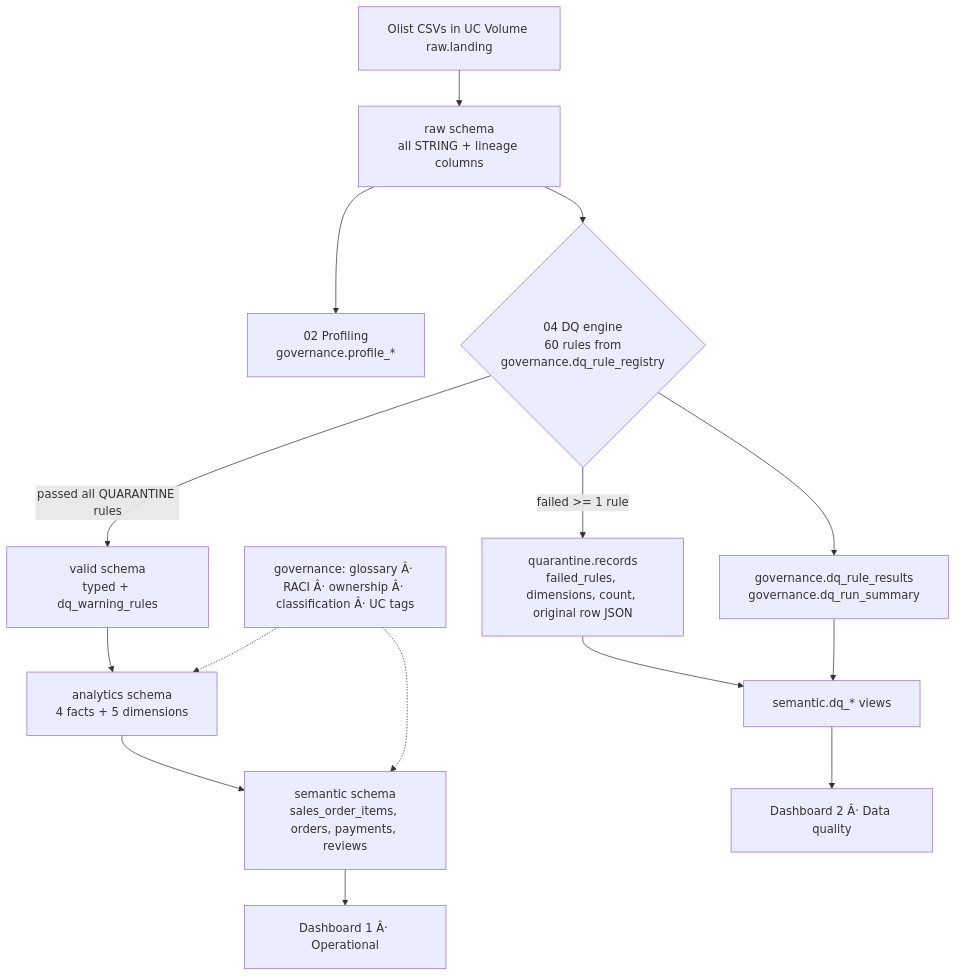
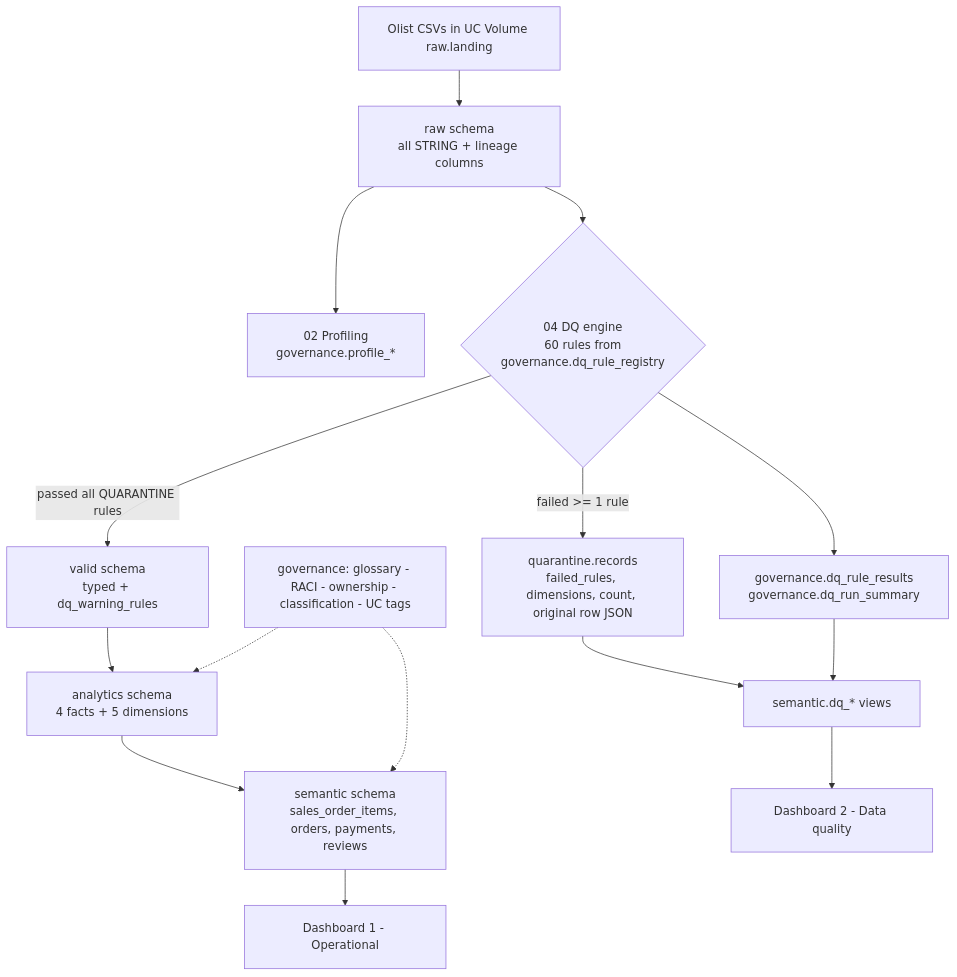
Before and after one commit to theoverseeer/asb-cs6-olist-data-governance: the diagram in docs/architecture.mmd, drawn with Mermaid. The commit also changed 1 other file, not shown here.

Commit message:
Fix separator characters in architecture diagram

```diff
--- a/docs/architecture.mmd
+++ b/docs/architecture.mmd
@@ -1,16 +1,16 @@
 %%{init: {"flowchart": {"padding": 20}}}%%
 flowchart TD
     A[Olist CSVs in UC Volume raw.landing] --> B[raw schema<br/>all STRING + lineage columns]
     B --> P[02 Profiling<br/>governance.profile_*]
     B --> C{04 DQ engine<br/>60 rules from<br/>governance.dq_rule_registry}
     C -->|passed all QUARANTINE rules| V[valid schema<br/>typed + dq_warning_rules]
     C -->|failed >= 1 rule| Q[quarantine.records<br/>failed_rules, dimensions, count, original row JSON]
     C --> R[governance.dq_rule_results<br/>governance.dq_run_summary]
     V --> M[analytics schema<br/>4 facts + 5 dimensions]
     M --> S[semantic schema<br/>sales_order_items, orders, payments, reviews]
     Q --> D[semantic.dq_* views]
     R --> D
-    S --> O[Dashboard 1 Â· Operational]
-    D --> X[Dashboard 2 Â· Data quality]
-    G[governance: glossary Â· RACI Â· ownership Â· classification Â· UC tags] -.-> M
+    S --> O[Dashboard 1 - Operational]
+    D --> X[Dashboard 2 - Data quality]
+    G[governance: glossary - RACI - ownership - classification - UC tags] -.-> M
     G -.-> S
```
